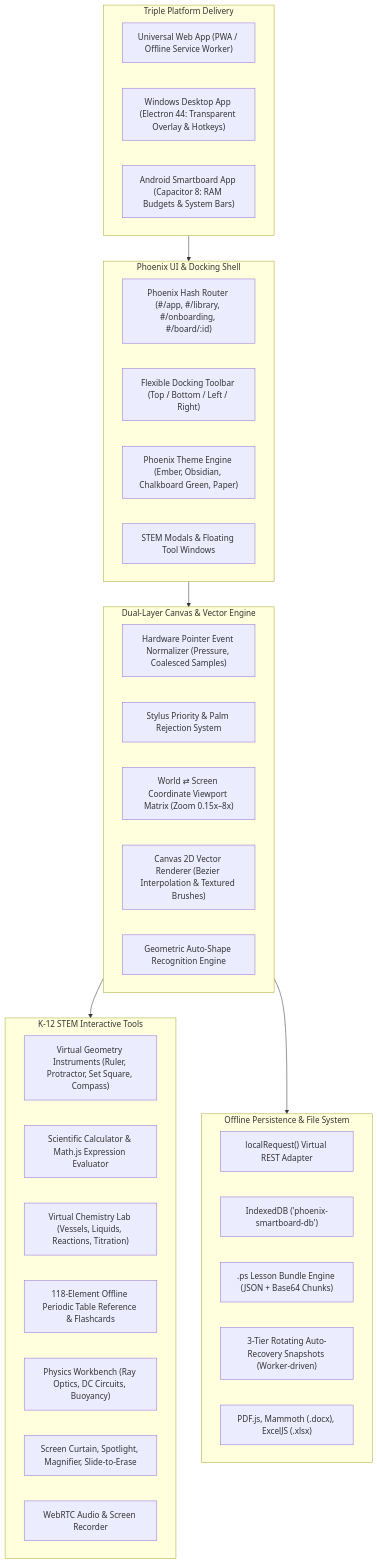
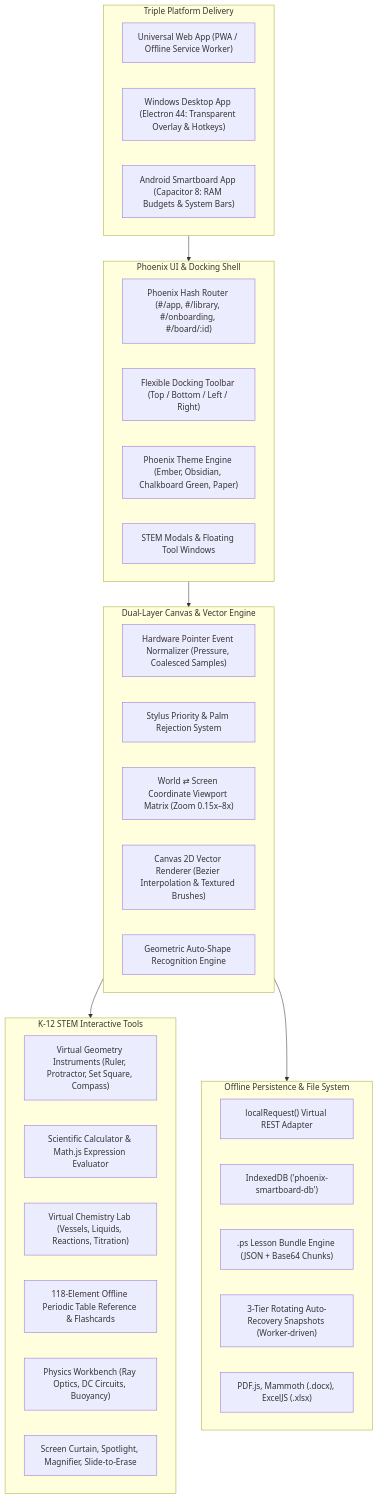
One commit to nafissami19/phoenix-smartboard changed the first of 2 diagrams in PHOENIX_SMARTBOARD_IMPLEMENTATION_PLAN.md. Above: the diagram before and after it, drawn with Mermaid. The commit also changed other lines of this file and 23 other files, not shown here.

````diff
--- a/PHOENIX_SMARTBOARD_IMPLEMENTATION_PLAN.md
+++ b/PHOENIX_SMARTBOARD_IMPLEMENTATION_PLAN.md
@@ -16,46 +16,46 @@
 ```mermaid
 graph TD
     subgraph Client_Applications ["Triple Platform Delivery"]
         WebPWA["Universal Web App (PWA / Offline Service Worker)"]
         WinElectron["Windows Desktop App (Electron 44: Transparent Overlay & Hotkeys)"]
         AndroidCap["Android Smartboard App (Capacitor 8: RAM Budgets & System Bars)"]
     end
 
     subgraph Presentation_Layer ["Phoenix UI & Docking Shell"]
         Router["Phoenix Hash Router (#/app, #/library, #/onboarding, #/board/:id)"]
         DockToolbar["Flexible Docking Toolbar (Top / Bottom / Left / Right)"]
         ThemeEngine["Phoenix Theme Engine (Ember, Obsidian, Chalkboard Green, Paper)"]
         SubjectOverlays["STEM Modals & Floating Tool Windows"]
     end
 
     subgraph Core_Engine ["Dual-Layer Canvas & Vector Engine"]
         PointerNormalizer["Hardware Pointer Event Normalizer (Pressure, Coalesced Samples)"]
         PalmRejection["Stylus Priority & Palm Rejection System"]
         CameraMatrix["World ⇄ Screen Coordinate Viewport Matrix (Zoom 0.15x–8x)"]
         VectorRenderer["Canvas 2D Vector Renderer (Bezier Interpolation & Textured Brushes)"]
         ShapeRecognizer["Geometric Auto-Shape Recognition Engine"]
     end
 
     subgraph STEM_Suites ["K-12 STEM Interactive Tools"]
         MathTools["Virtual Geometry Instruments (Ruler, Protractor, Set Square, Compass)"]
         MathCalc["Scientific Calculator & Math.js Expression Evaluator"]
         ChemLab["Virtual Chemistry Lab (Vessels, Liquids, Reactions, Titration)"]
         Periodic["118-Element Offline Periodic Table Reference & Flashcards"]
         PhysicsSim["Physics Workbench (Ray Optics, DC Circuits, Buoyancy)"]
         PresentationTools["Screen Curtain, Spotlight, Magnifier, Slide-to-Erase"]
-        MediaRecorderEngine["WebRTC Audio & Screen Recorder"]
+
     end
 
     subgraph Storage_IO ["Offline Persistence & File System"]
         LocalAdapter["localRequest() Virtual REST Adapter"]
         IndexedDB["IndexedDB ('phoenix-smartboard-db')"]
         PSFormat[".ps Lesson Bundle Engine (JSON + Base64 Chunks)"]
         RotatingBackup["3-Tier Rotating Auto-Recovery Snapshots (Worker-driven)"]
         DocPipeline["PDF.js, Mammoth (.docx), ExcelJS (.xlsx)"]
     end
 
     Client_Applications --> Presentation_Layer
     Presentation_Layer --> Core_Engine
     Core_Engine --> STEM_Suites
     Core_Engine --> Storage_IO
 ```
````
